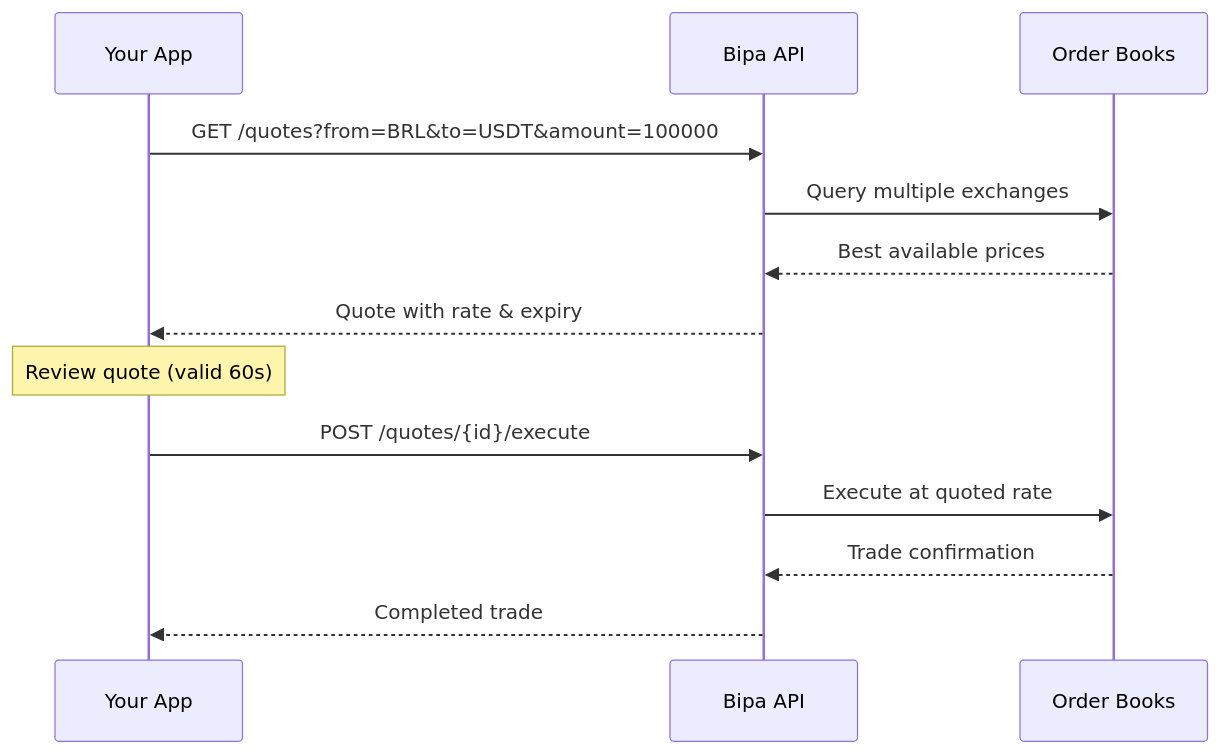
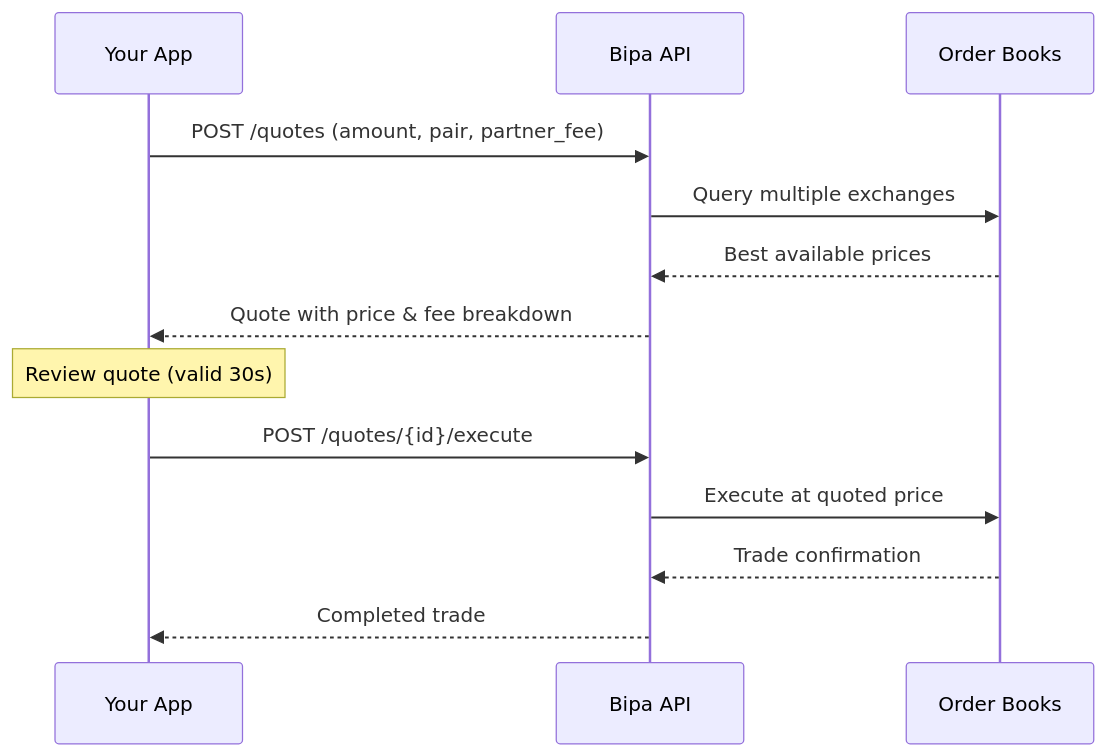
The diagram in api-reference/quotes/overview.mdx (bipa-app/docs), drawn with Mermaid before and after one commit. The commit also changed other lines of this file and 49 other files, not shown here.

````diff
--- a/api-reference/quotes/overview.mdx
+++ b/api-reference/quotes/overview.mdx
@@ -21,18 +27,18 @@
 ```mermaid
 sequenceDiagram
     participant App as Your App
     participant Bipa as Bipa API
     participant OB as Order Books
 
-    App->>Bipa: GET /quotes?from=BRL&to=USDT&amount=100000
+    App->>Bipa: POST /quotes (amount, pair, partner_fee)
     Bipa->>OB: Query multiple exchanges
     OB-->>Bipa: Best available prices
-    Bipa-->>App: Quote with rate & expiry
+    Bipa-->>App: Quote with price & fee breakdown
 
-    Note over App: Review quote (valid 60s)
+    Note over App: Review quote (valid 30s)
 
     App->>Bipa: POST /quotes/{id}/execute
-    Bipa->>OB: Execute at quoted rate
+    Bipa->>OB: Execute at quoted price
     OB-->>Bipa: Trade confirmation
     Bipa-->>App: Completed trade
 ```
````
